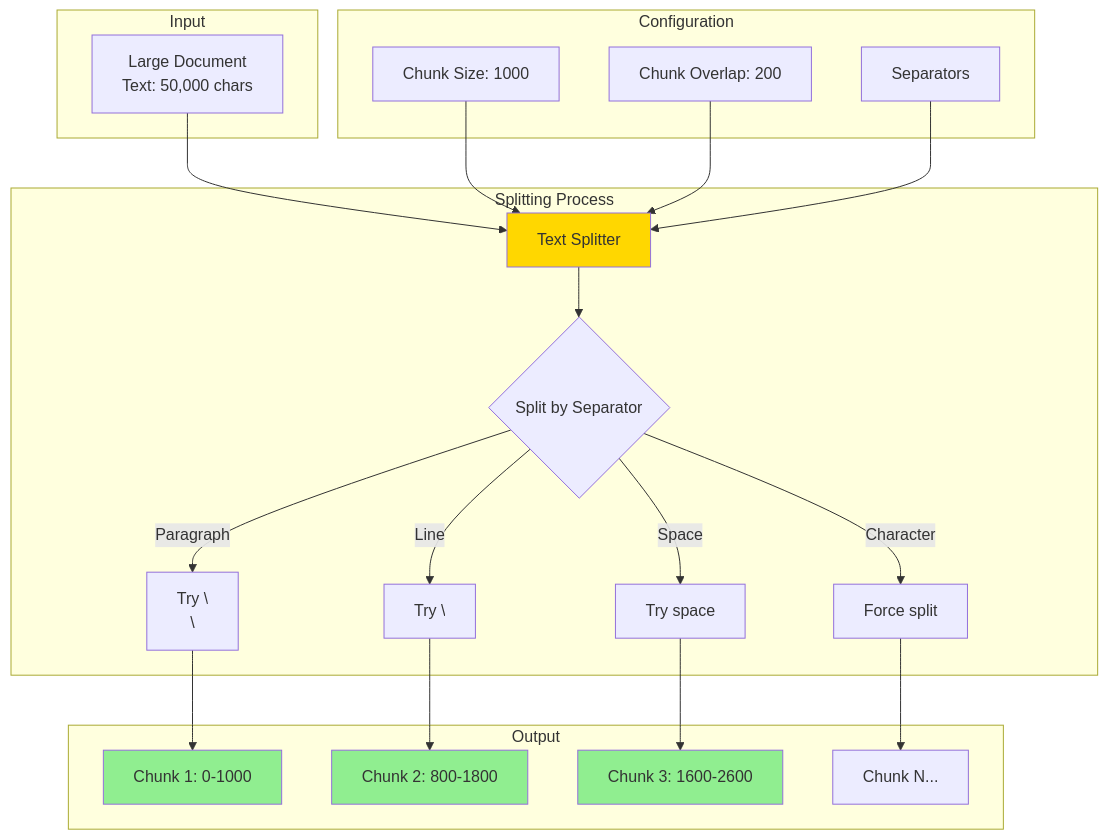
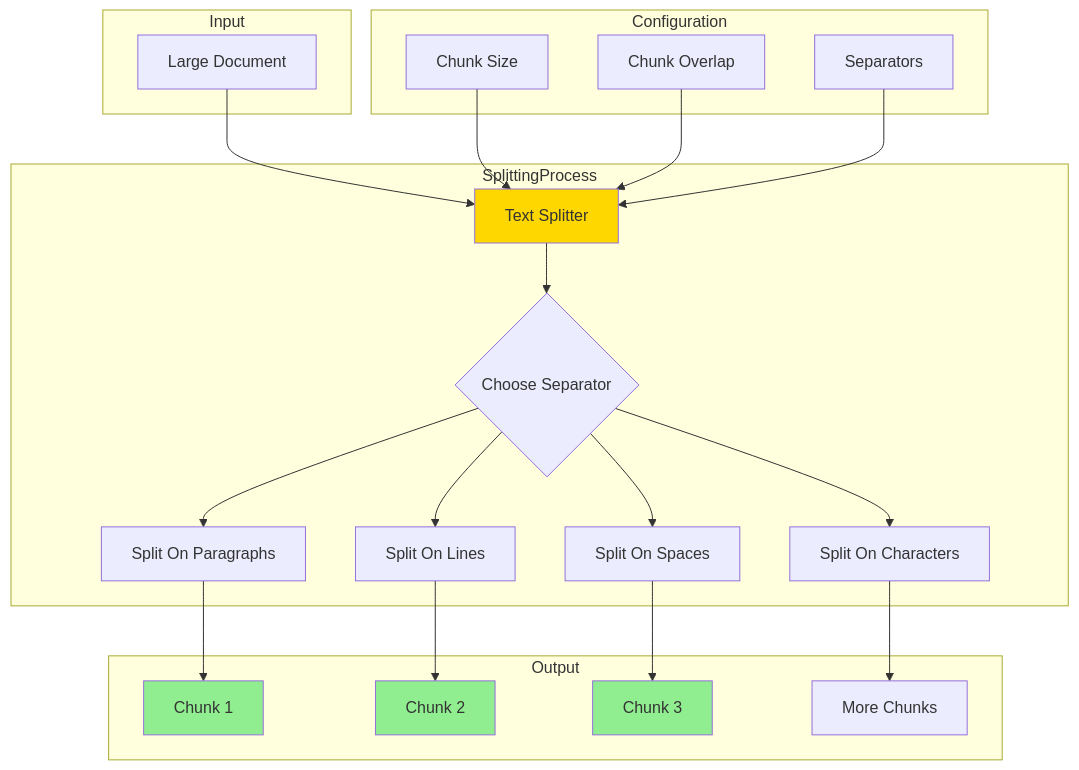
The third of 14 diagrams in 12.TextSplitters/README.md (Kadiwalhussain/LangChain), drawn with Mermaid before and after one commit. The commit also changed other lines of this file and 2 other files, not shown here.

Commit message:
fix: corrected Mermaid diagrams in all README files

````diff
--- a/12.TextSplitters/README.md
+++ b/12.TextSplitters/README.md
@@ -79,42 +79,42 @@
 ```mermaid
 graph TB
-    subgraph "Input"
-        A[Large Document<br/>Text: 50,000 chars]
+    subgraph Input
+        A[Large Document]
     end
     
-    subgraph "Configuration"
-        B[Chunk Size: 1000]
-        C[Chunk Overlap: 200]
+    subgraph Configuration
+        B[Chunk Size]
+        C[Chunk Overlap]
         D[Separators]
     end
     
-    subgraph "Splitting Process"
-        E[Text Splitter] --> F{Split by Separator}
-        F -->|Paragraph| G[Try \\n\\n]
-        F -->|Line| H[Try \\n]
-        F -->|Space| I[Try space]
-        F -->|Character| J[Force split]
+    subgraph SplittingProcess
+        E[Text Splitter] --> F{Choose Separator}
+        F --> G[Split On Paragraphs]
+        F --> H[Split On Lines]
+        F --> I[Split On Spaces]
+        F --> J[Split On Characters]
     end
     
-    subgraph "Output"
-        K[Chunk 1: 0-1000]
-        L[Chunk 2: 800-1800]
-        M[Chunk 3: 1600-2600]
-        N[Chunk N...]
+    subgraph Output
+        K[Chunk 1]
+        L[Chunk 2]
+        M[Chunk 3]
+        N[More Chunks]
     end
     
     A --> E
     B --> E
     C --> E
     D --> E
     
     G --> K
     H --> L
     I --> M
     J --> N
     
     style E fill:#FFD700
     style K fill:#90EE90
     style L fill:#90EE90
     style M fill:#90EE90
 ```
````
